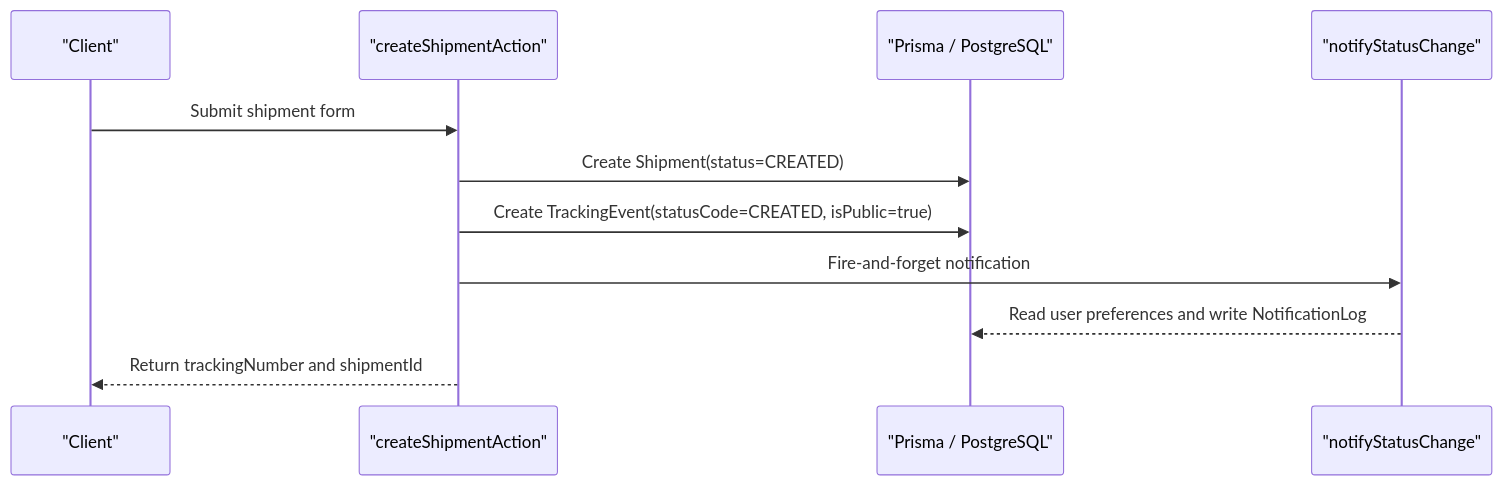
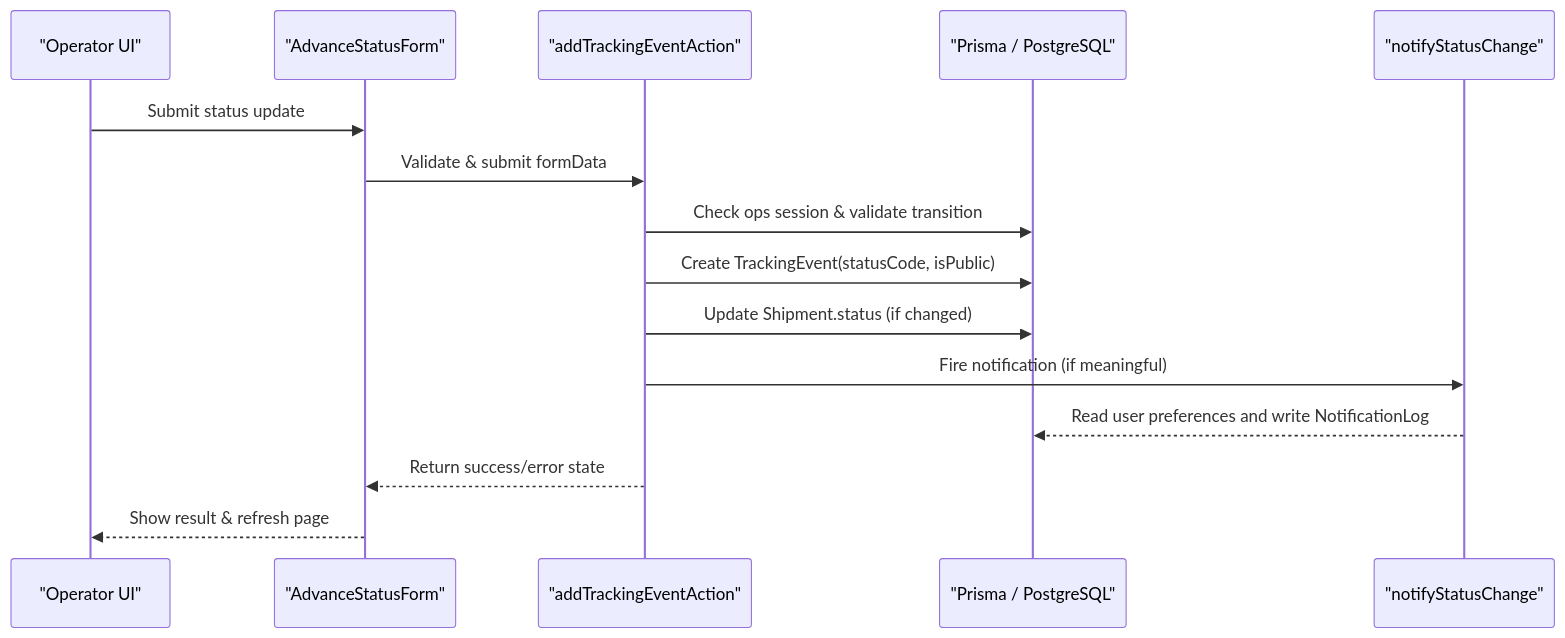
One commit to gyamposudodzi/Timberland changed the second of 9 diagrams in .qoder/repowiki/en/content/Shipment Management/Status Management.md. Above: the diagram before and after it, drawn with Mermaid. The commit also changed other lines of this file and 65 other files, not shown here.

````diff
--- a/.qoder/repowiki/en/content/Shipment Management/Status Management.md
+++ b/.qoder/repowiki/en/content/Shipment Management/Status Management.md
@@ -109,13 +150,17 @@
 ```mermaid
 sequenceDiagram
-participant Client as "Client"
-participant Actions as "createShipmentAction"
+participant Client as "Operator UI"
+participant Form as "AdvanceStatusForm"
+participant Actions as "addTrackingEventAction"
 participant DB as "Prisma / PostgreSQL"
 participant Notify as "notifyStatusChange"
-Client->>Actions : Submit shipment form
-Actions->>DB : Create Shipment(status=CREATED)
-Actions->>DB : Create TrackingEvent(statusCode=CREATED, isPublic=true)
-Actions->>Notify : Fire-and-forget notification
+Client->>Form : Submit status update
+Form->>Actions : Validate & submit formData
+Actions->>DB : Check ops session & validate transition
+Actions->>DB : Create TrackingEvent(statusCode, isPublic)
+Actions->>DB : Update Shipment.status (if changed)
+Actions->>Notify : Fire notification (if meaningful)
 Notify-->>DB : Read user preferences and write NotificationLog
-Actions-->>Client : Return trackingNumber and shipmentId
+Actions-->>Form : Return success/error state
+Form-->>Client : Show result & refresh page
 ```
````
